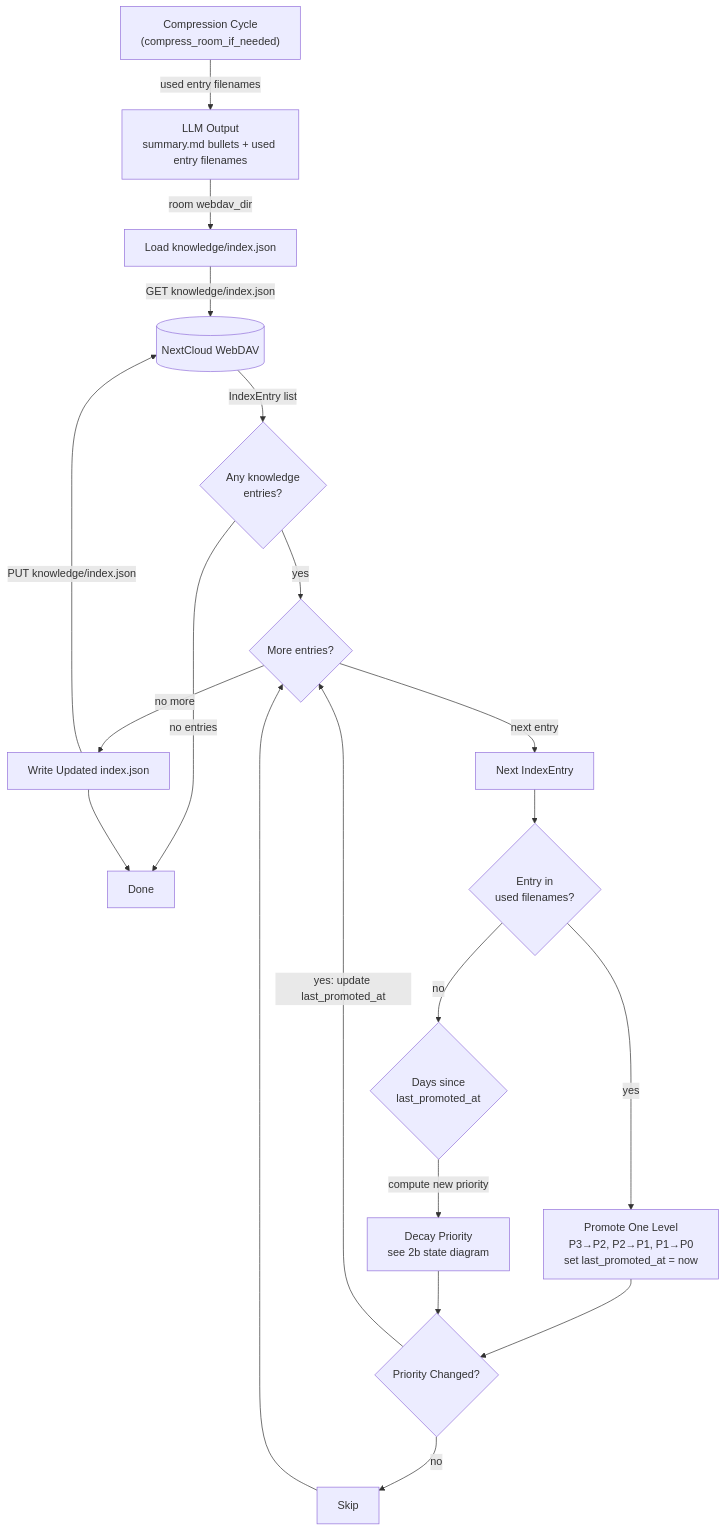
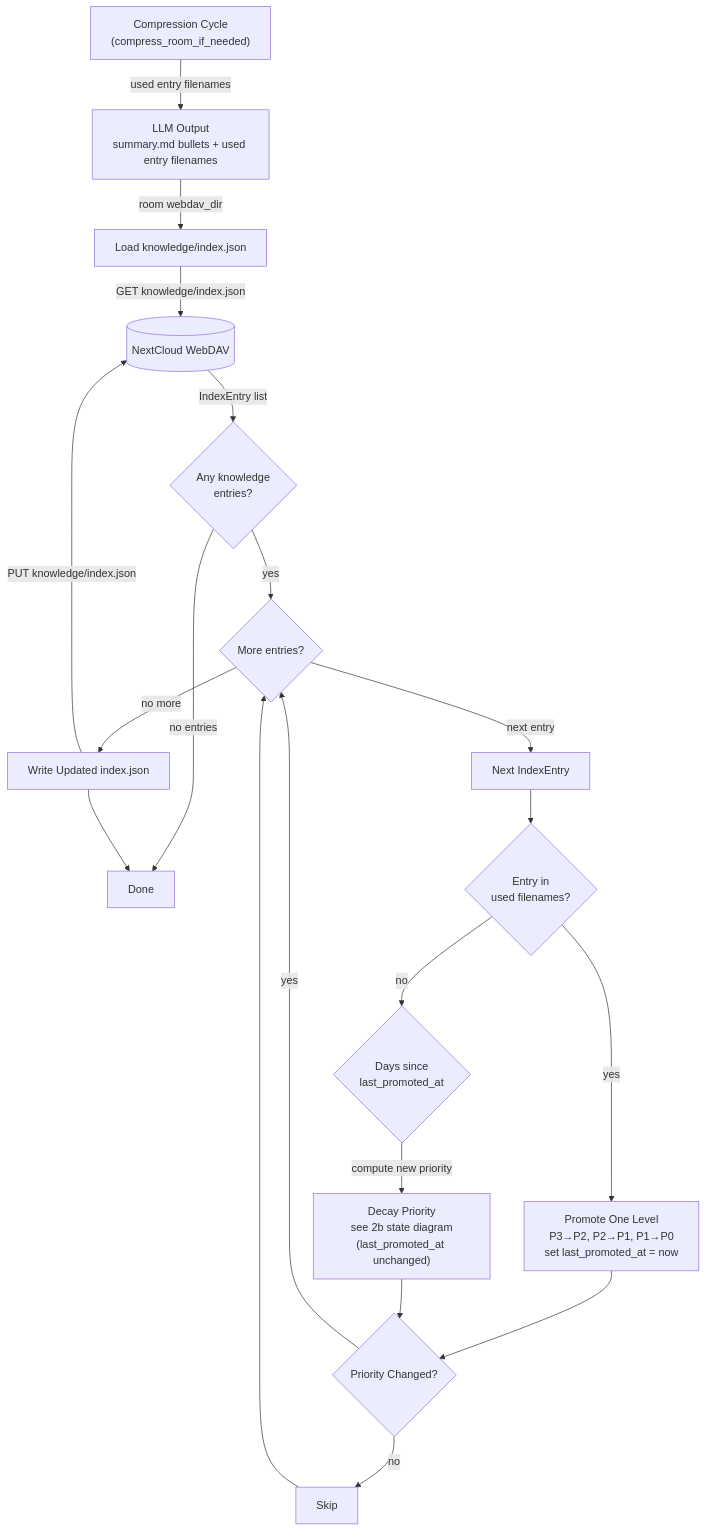
One commit to cosmoswafer/rockbot changed the first of 5 diagrams in _dfd/base/knowledge-priority.md. Above: the diagram before and after it, drawn with Mermaid. The commit also changed other lines of this file and 3 other files, not shown here.

````diff
--- a/_dfd/base/knowledge-priority.md
+++ b/_dfd/base/knowledge-priority.md
@@ -32,38 +32,38 @@
 ```mermaid
 flowchart TD
     COMPRESS["Compression Cycle<br/>(compress_room_if_needed)"]
     LLM_OUT["LLM Output<br/>summary.md bullets + used entry filenames"]
     DAV[(NextCloud WebDAV)]
     LOAD_IDX["Load knowledge/index.json"]
     EMPTY{Any knowledge<br/>entries?}
     DONE[Done]
     TICK{More entries?}
     NEXT[Next IndexEntry]
     IS_USED{"Entry in<br/>used filenames?"}
     PROMOTE["Promote One Level<br/>P3→P2, P2→P1, P1→P0<br/>set last_promoted_at = now"]
     CHECK_DAYS{"Days since<br/>last_promoted_at"}
-    DECAY["Decay Priority<br/>see 2b state diagram"]
+    DECAY["Decay Priority<br/>see 2b state diagram<br/>(last_promoted_at unchanged)"]
     CHANGED{Priority Changed?}
     WRITE_IDX["Write Updated index.json"]
     SKIP[Skip]
 
     COMPRESS -->|"used entry filenames"| LLM_OUT
     LLM_OUT -->|"room webdav_dir"| LOAD_IDX
     LOAD_IDX -->|"GET knowledge/index.json"| DAV
     DAV -->|"IndexEntry list"| EMPTY
     EMPTY -->|"no entries"| DONE
     EMPTY -->|"yes"| TICK
     TICK -->|"next entry"| NEXT
     TICK -->|"no more"| WRITE_IDX
     NEXT --> IS_USED
     IS_USED -->|"yes"| PROMOTE
     IS_USED -->|"no"| CHECK_DAYS
     PROMOTE --> CHANGED
     CHECK_DAYS -->|"compute new priority"| DECAY
     DECAY --> CHANGED
-    CHANGED -->|"yes: update last_promoted_at"| TICK
+    CHANGED -->|"yes"| TICK
     CHANGED -->|"no"| SKIP
     SKIP --> TICK
     WRITE_IDX -->|"PUT knowledge/index.json"| DAV
     WRITE_IDX --> DONE
 ```
````
